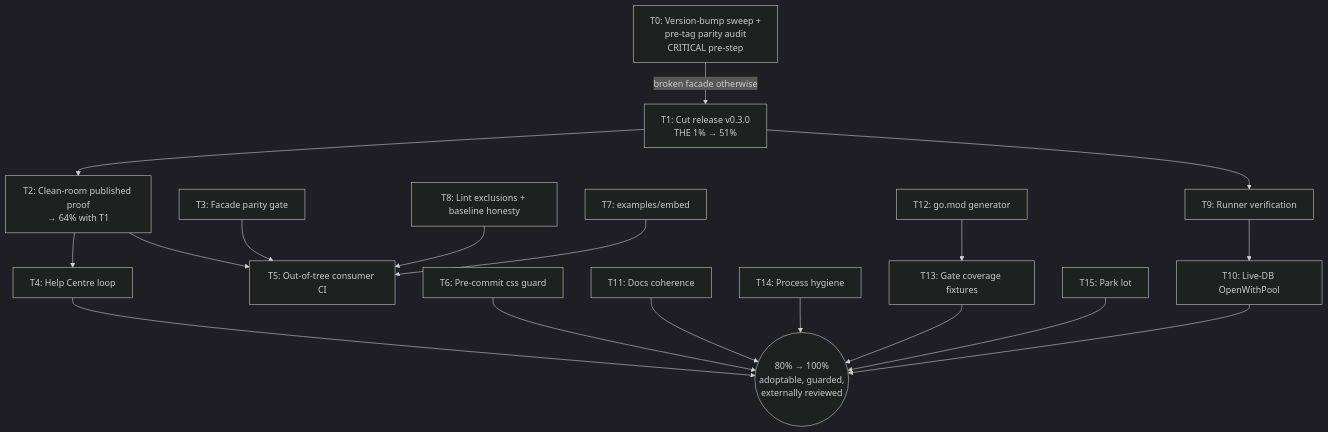
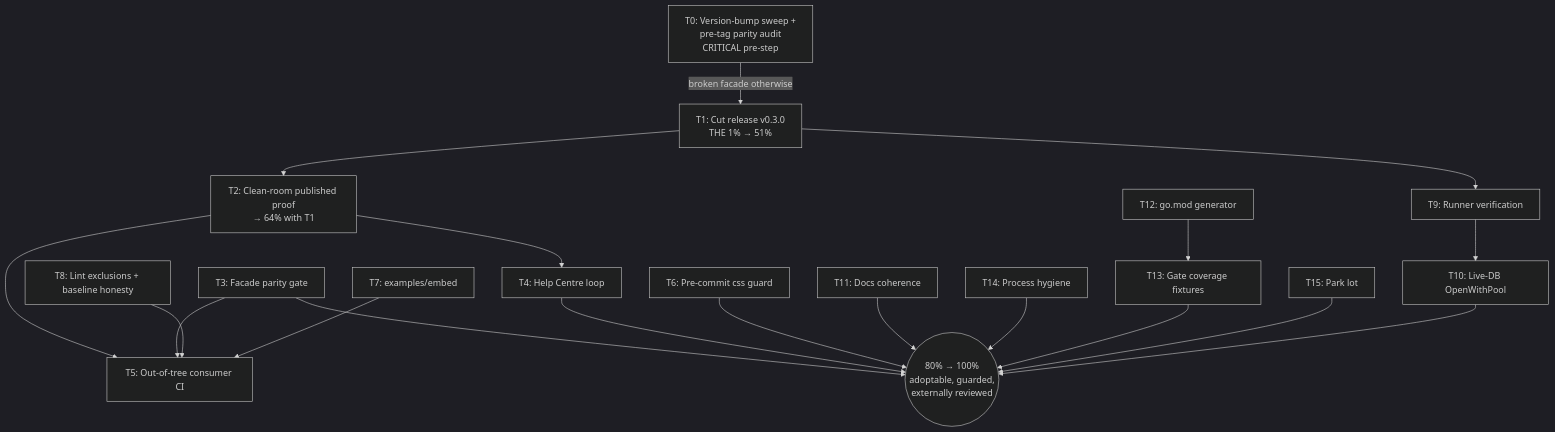
The diagram in docs/planning/2026-09-13_06-43_facade-adoption-pareto-plan.md (LarsArtmann/go-taskqueue), drawn with Mermaid (dark theme) before and after one commit. The commit also changed other lines of this file, not shown here.

First line of the commit message:
docs(plan): polish pass — DOMAIN_LANGUAGE typo, T0 in the 1% narrative, T3→DONE edge

````diff
--- a/docs/planning/2026-09-13_06-43_facade-adoption-pareto-plan.md
+++ b/docs/planning/2026-09-13_06-43_facade-adoption-pareto-plan.md
@@ -150,37 +152,38 @@
 ```mermaid
 graph TD
     T0[T0: Version-bump sweep +<br/>pre-tag parity audit<br/>CRITICAL pre-step]
     T1[T1: Cut release v0.3.0<br/>THE 1% → 51%]
     T0 -->|broken facade otherwise| T1
     T2[T2: Clean-room published proof<br/>→ 64% with T1]
     T3[T3: Facade parity gate]
     T4[T4: Help Centre loop]
     T5[T5: Out-of-tree consumer CI]
     T6[T6: Pre-commit css guard]
     T7[T7: examples/embed]
     T8[T8: Lint exclusions + baseline honesty]
     T9[T9: Runner verification]
     T10[T10: Live-DB OpenWithPool]
     T11[T11: Docs coherence]
     T12[T12: go.mod generator]
     T13[T13: Gate coverage fixtures]
     T14[T14: Process hygiene]
     T15[T15: Park lot]
 
     T1 --> T2
     T2 --> T4
     T2 --> T5
     T3 --> T5
+    T3 --> DONE
     T1 --> T9
     T9 --> T10
     T8 --> T5
     T7 --> T5
     T12 --> T13
     T4 --> DONE((80% → 100%<br/>adoptable, guarded,<br/>externally reviewed))
     T6 --> DONE
     T11 --> DONE
     T14 --> DONE
     T13 --> DONE
     T15 --> DONE
     T10 --> DONE
 ```
````
